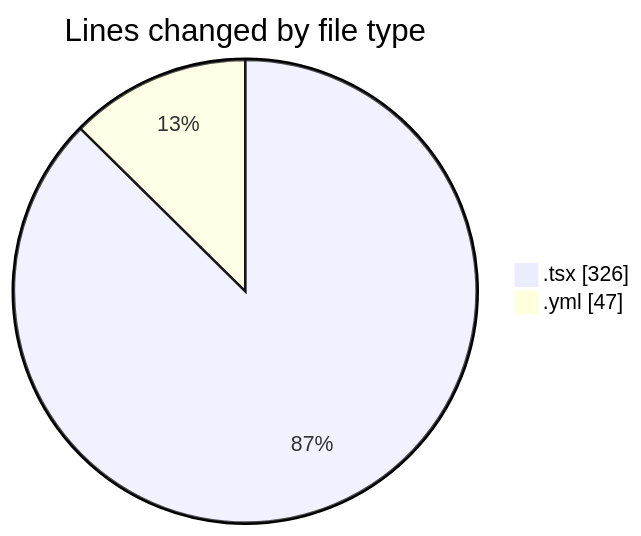
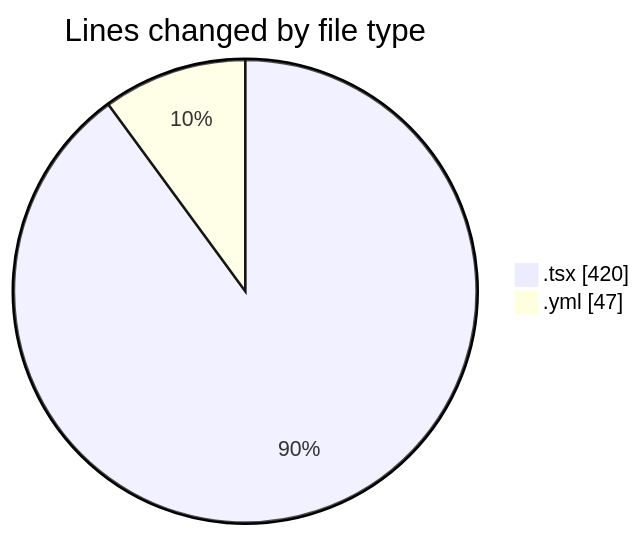
Before and after one commit to robertbonfada/code-tracking: the first of 2 diagrams in 2025-02-05/mbc-web/README.md, drawn with Mermaid. The commit also changed other lines of this file and 1 other file, not shown here.

````diff
--- a/2025-02-05/mbc-web/README.md
+++ b/2025-02-05/mbc-web/README.md
@@ -24,6 +24,6 @@
 ```mermaid
 pie showData
 title Lines changed by file type
-".tsx" : 326
+".tsx" : 420
 ".yml" : 47
 ```
````
